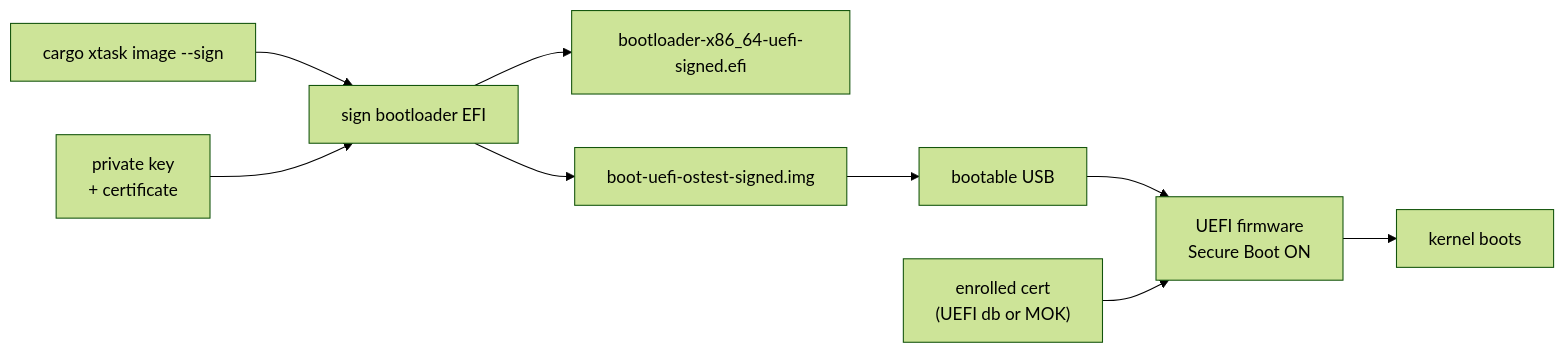
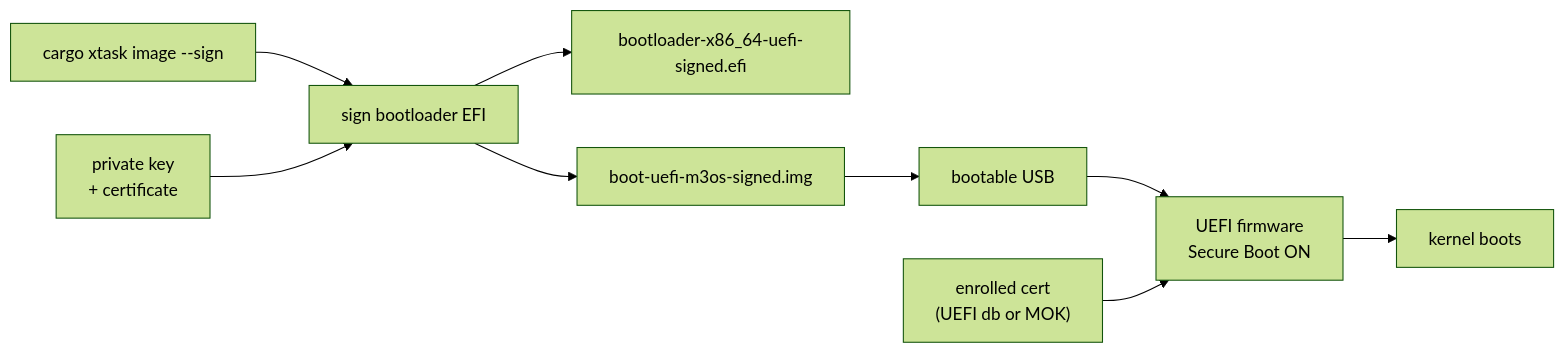
Before and after one commit to mikecubed/m3OS: the diagram in docs/roadmap/10-secure-boot.md, drawn with Mermaid (forest theme). The commit also changed other lines of this file and 24 other files, not shown here.

````diff
--- a/docs/roadmap/10-secure-boot.md
+++ b/docs/roadmap/10-secure-boot.md
@@ -8,11 +8,11 @@
 ```mermaid
 flowchart LR
     Build["cargo xtask image --sign"] --> Sign["sign bootloader EFI"]
     Key["private key<br/>+ certificate"] --> Sign
     Sign --> EFI["bootloader-x86_64-uefi-signed.efi"]
-    Sign --> IMG["boot-uefi-ostest-signed.img"]
+    Sign --> IMG["boot-uefi-m3os-signed.img"]
     IMG --> USB["bootable USB"]
     USB --> FW["UEFI firmware<br/>Secure Boot ON"]
     Enrolled["enrolled cert<br/>(UEFI db or MOK)"] --> FW
     FW --> Boot["kernel boots"]
 ```
````
